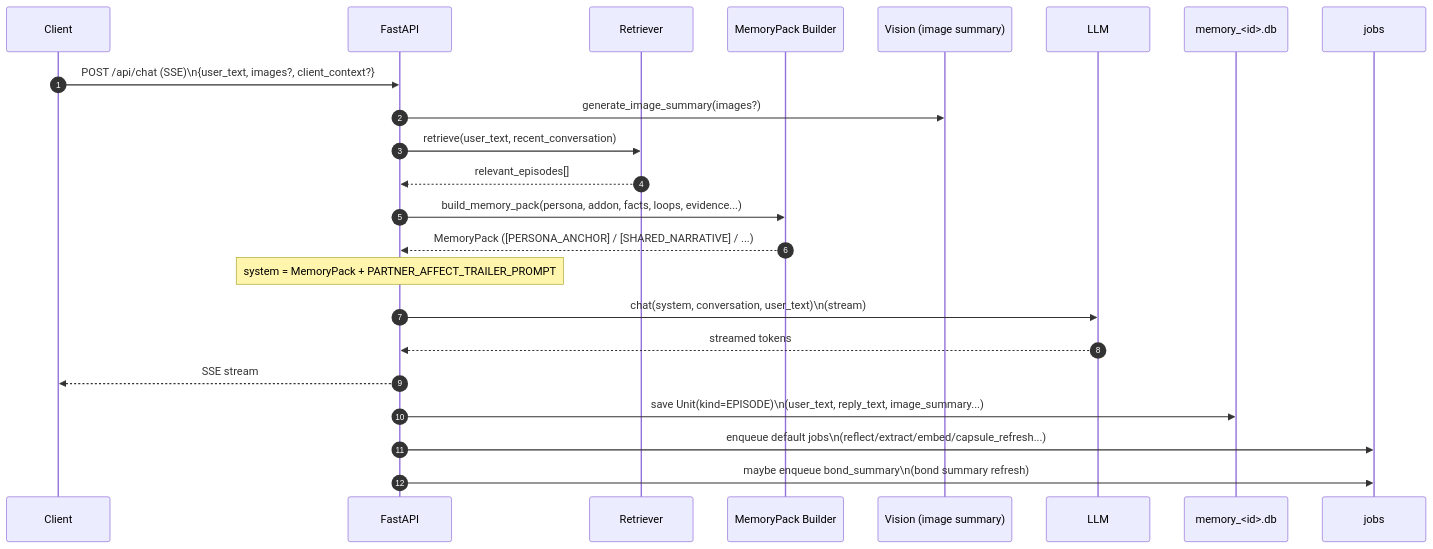
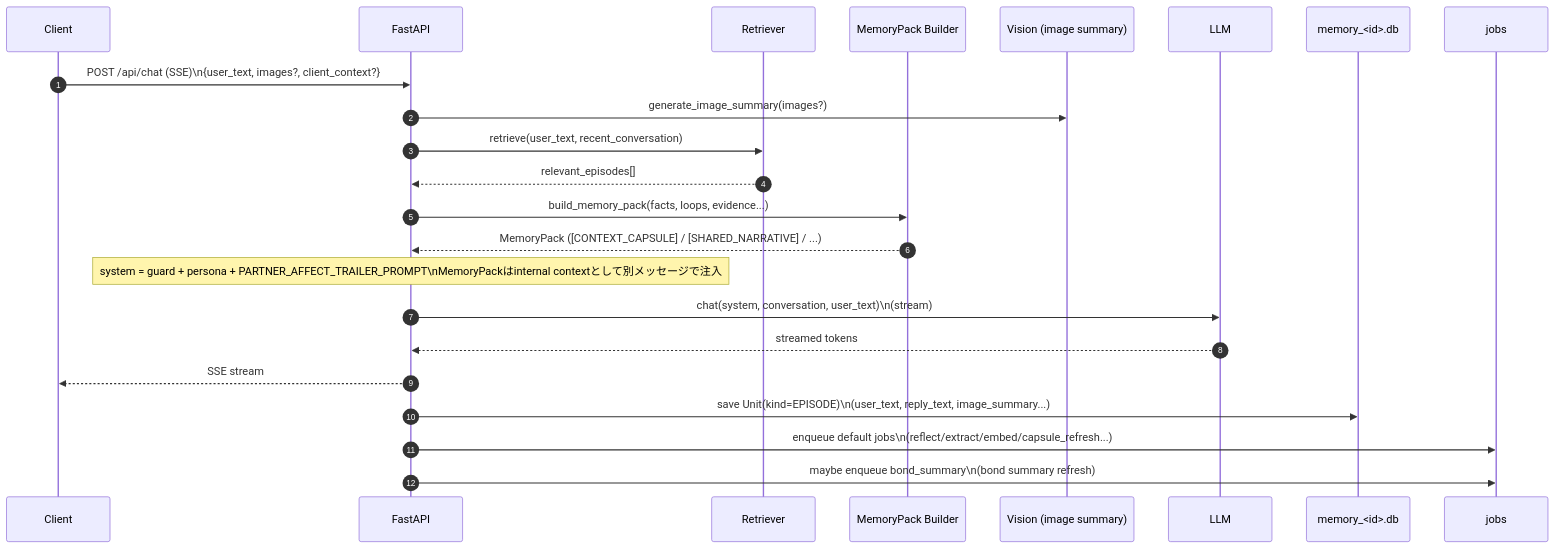
One commit to hirona98/cocoro_ghost changed the third of 4 diagrams in docs/prompt_usage_map.md. Above: the diagram before and after it, drawn with Mermaid. The commit also changed other lines of this file and 6 other files, not shown here.

````diff
--- a/docs/prompt_usage_map.md
+++ b/docs/prompt_usage_map.md
@@ -160,26 +159,26 @@
 ```mermaid
 sequenceDiagram
   autonumber
   participant UI as Client
   participant API as FastAPI
   participant RET as Retriever
   participant SCH as MemoryPack Builder
   participant VIS as Vision (image summary)
   participant LLM as LLM
   participant DB as memory_<id>.db
   participant Q as jobs
 
   UI->>API: POST /api/chat (SSE)\n{user_text, images?, client_context?}
   API->>VIS: generate_image_summary(images?)
   API->>RET: retrieve(user_text, recent_conversation)
   RET-->>API: relevant_episodes[]
-  API->>SCH: build_memory_pack(persona, addon, facts, loops, evidence...)
-  SCH-->>API: MemoryPack ([PERSONA_ANCHOR] / [SHARED_NARRATIVE] / ...)
-  Note over API: system = MemoryPack + PARTNER_AFFECT_TRAILER_PROMPT
+  API->>SCH: build_memory_pack(facts, loops, evidence...)
+  SCH-->>API: MemoryPack ([CONTEXT_CAPSULE] / [SHARED_NARRATIVE] / ...)
+  Note over API: system = guard + persona + PARTNER_AFFECT_TRAILER_PROMPT\nMemoryPackはinternal contextとして別メッセージで注入
   API->>LLM: chat(system, conversation, user_text)\n(stream)
   LLM-->>API: streamed tokens
   API-->>UI: SSE stream
   API->>DB: save Unit(kind=EPISODE)\n(user_text, reply_text, image_summary...)
   API->>Q: enqueue default jobs\n(reflect/extract/embed/capsule_refresh...)
   API->>Q: maybe enqueue bond_summary\n(bond summary refresh)
 ```
````
